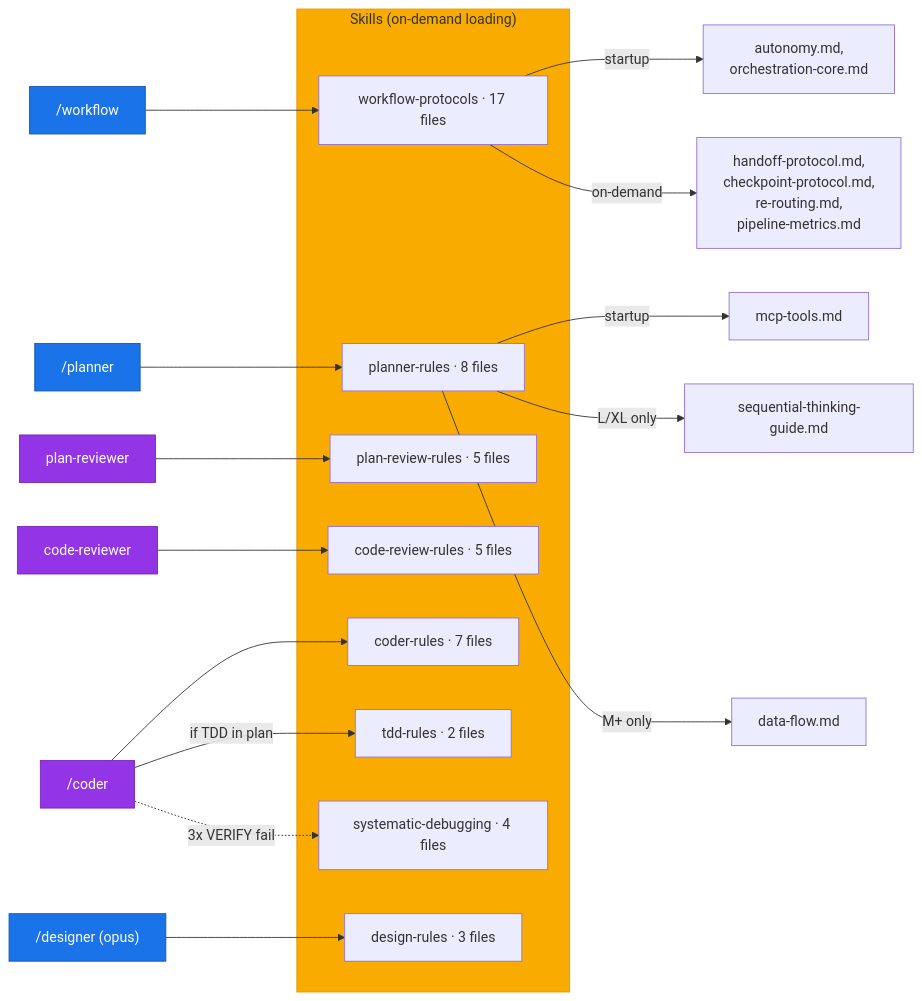
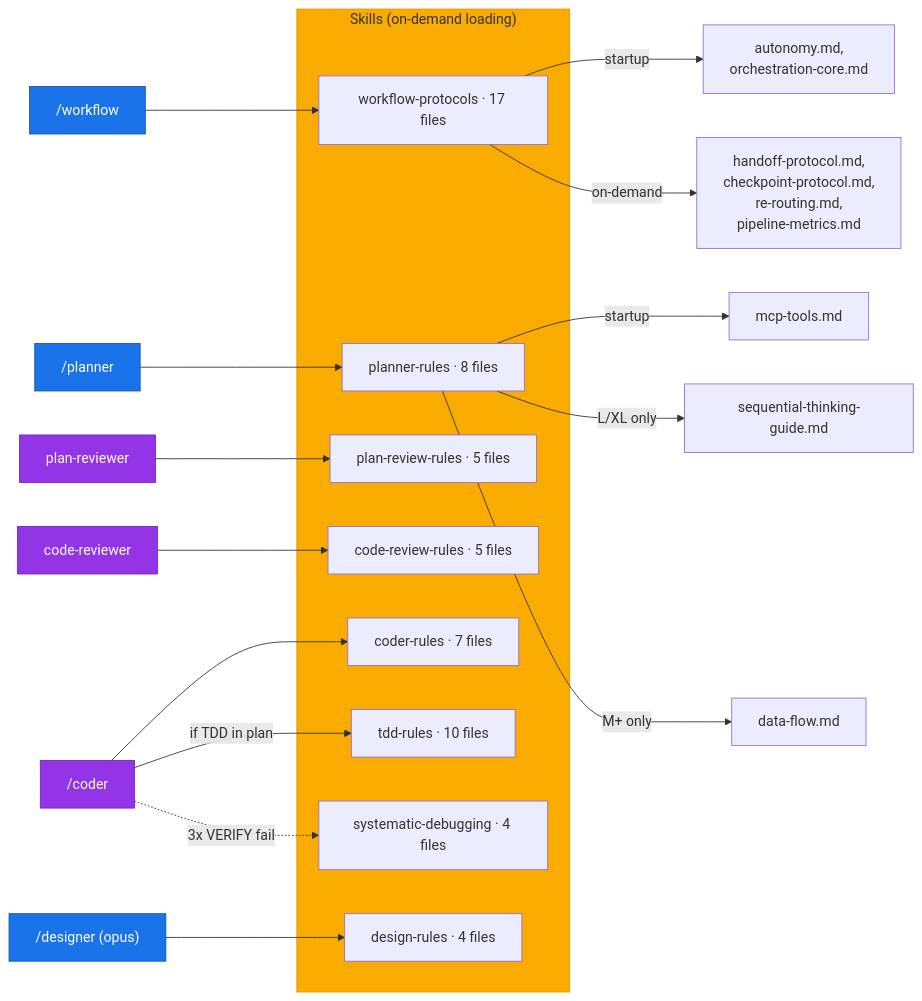
Before and after one commit to hex0xdeadbeef/claude-kit: the third of 4 diagrams in README.md, drawn with Mermaid. The commit also changed other lines of this file and 9 other files, not shown here.

````diff
--- a/README.md
+++ b/README.md
@@ -517,37 +521,37 @@
 ```mermaid
 flowchart LR
     subgraph SKILLS ["Skills (on-demand loading)"]
         WP["workflow-protocols · 17 files"]
         PLR["planner-rules · 8 files"]
         CDR["coder-rules · 7 files"]
         PRR["plan-review-rules · 5 files"]
         CRR["code-review-rules · 5 files"]
-        TDD["tdd-rules · 2 files"]
-        DR["design-rules · 3 files"]
+        TDD["tdd-rules · 10 files"]
+        DR["design-rules · 4 files"]
         SDB["systematic-debugging · 4 files"]
     end
 
     WF2["/workflow"] --> WP
     PL2["/planner"] --> PLR
     CO2["/coder"] --> CDR
     CO2 -->|"if TDD in plan"| TDD
     CO2 -.->|"3x VERIFY fail"| SDB
     DES2["/designer (opus)"] --> DR
     PREV["plan-reviewer"] --> PRR
     CREV["code-reviewer"] --> CRR
 
     WP -->|startup| A1["autonomy.md,<br/>orchestration-core.md"]
     WP -->|on-demand| A2["handoff-protocol.md,<br/>checkpoint-protocol.md,<br/>re-routing.md,<br/>pipeline-metrics.md"]
 
     PLR -->|startup| B1["mcp-tools.md"]
     PLR -->|"L/XL only"| B2["sequential-thinking-guide.md"]
     PLR -->|"M+ only"| B3["data-flow.md"]
 
     style SKILLS fill:#f9ab00,color:#333,stroke:#e69500
     style WF2 fill:#1a73e8,color:#fff,stroke:#1557b0
     style PL2 fill:#1a73e8,color:#fff,stroke:#1557b0
     style DES2 fill:#1a73e8,color:#fff,stroke:#1557b0
     style CO2 fill:#9334e6,color:#fff,stroke:#7627bb
     style PREV fill:#9334e6,color:#fff,stroke:#7627bb
     style CREV fill:#9334e6,color:#fff,stroke:#7627bb
 ```
````
